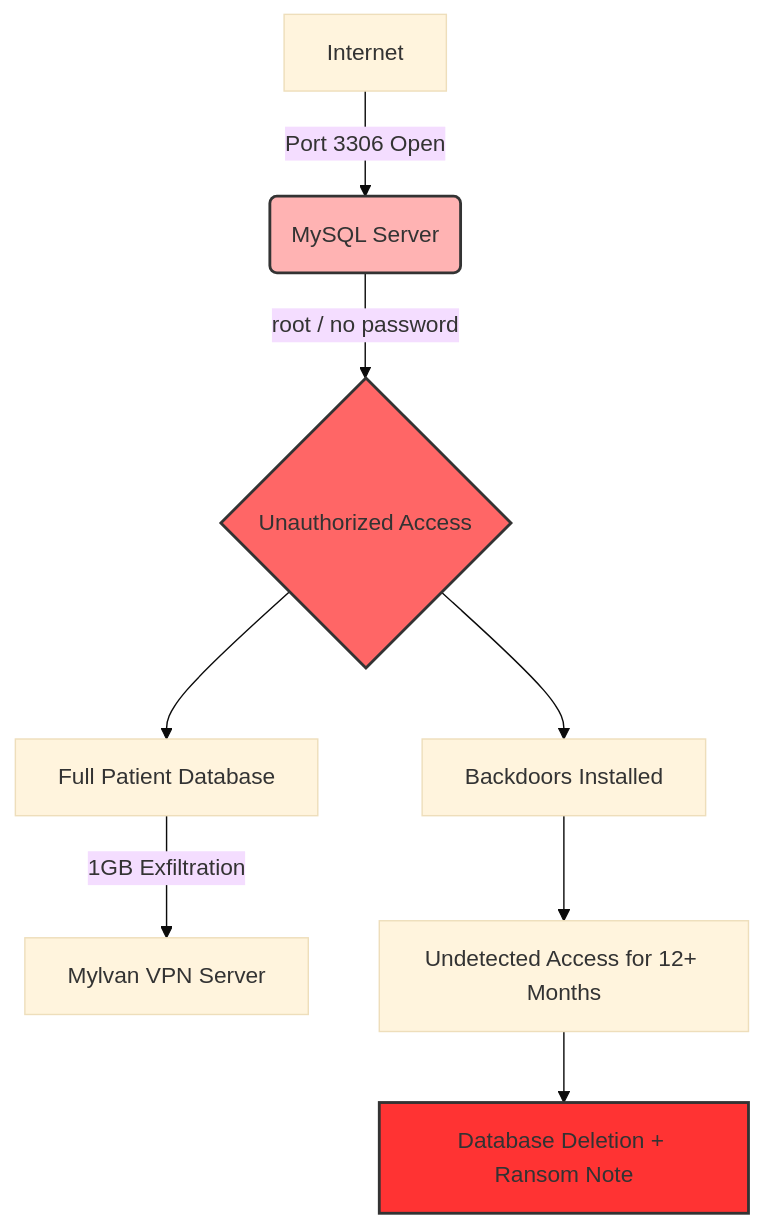
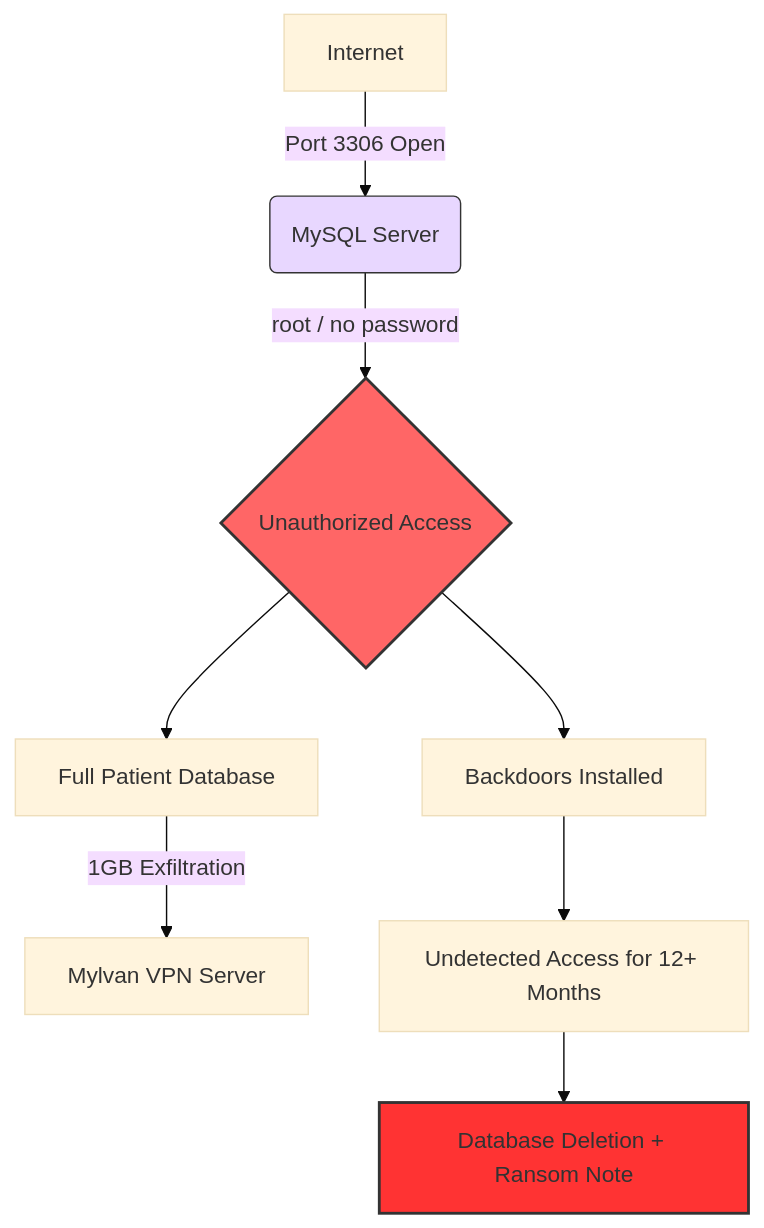
The diagram in README.md (satuikola/vastaamo-incident-postmortem), drawn with Mermaid (base theme) before and after one commit. The commit also changed other lines of this file, not shown here.

````diff
--- a/README.md
+++ b/README.md
@@ -126,14 +121,14 @@
 ```mermaid
 graph TD
     A[Internet] -->|Port 3306 Open| B(MySQL Server)
     B -->|root / no password| C{Unauthorized Access}
     C --> D[Full Patient Database]
     D -->|1GB Exfiltration| E[Mylvan VPN Server]
     C --> F[Backdoors Installed]
     F --> G[Undetected Access for 12+ Months]
     G --> H[Database Deletion + Ransom Note]
 
-    style B fill:#ffb3b3,stroke:#333,stroke-width:2px
+    style B fill:#e8d7ff,stroke:#333,stroke-width:1px
     style C fill:#ff6666,stroke:#333,stroke-width:2px
     style H fill:#ff3333,stroke:#333,stroke-width:2px
 ```
````
